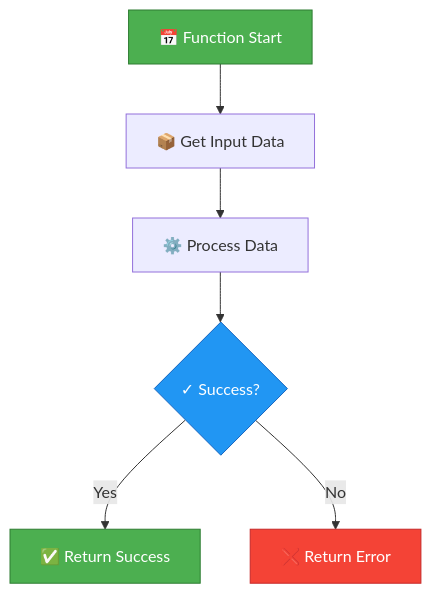
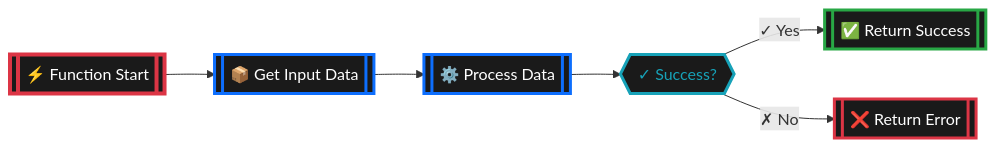
The eighth of 9 diagrams in BLUEPRINT_DISPLAY_GUIDE.md (Mittenzx/Adastrea), drawn with Mermaid before and after one commit. The commit also changed other lines of this file and 2 other files, not shown here.

First line of the commit message:
Update Mermaid diagrams with Unreal Engine node styling

````diff
--- a/BLUEPRINT_DISPLAY_GUIDE.md
+++ b/BLUEPRINT_DISPLAY_GUIDE.md
@@ -766,13 +820,15 @@
 ```mermaid
-graph TD
-    A[📅 Function Start] --> B[📦 Get Input Data]
-    B --> C[⚙️ Process Data]
-    C --> D{✓ Success?}
-    D -->|Yes| E[✅ Return Success]
-    D -->|No| F[❌ Return Error]
+graph LR
+    A[["⚡ Function Start"]] --> B[["📦 Get Input Data"]]
+    B --> C[["⚙️ Process Data"]]
+    C --> D{{"✓ Success?"}}
+    D -->|"✓ Yes"| E[["✅ Return Success"]]
+    D -->|"✗ No"| F[["❌ Return Error"]]
     
-    style A fill:#4CAF50,stroke:#2E7D32,color:#fff
-    style D fill:#2196F3,stroke:#1565C0,color:#fff
-    style E fill:#4CAF50,stroke:#2E7D32,color:#fff
-    style F fill:#F44336,stroke:#C62828,color:#fff
+    style A fill:#1a1a1a,stroke:#DC3545,stroke-width:4px,color:#fff,rx:10,ry:10
+    style B fill:#1a1a1a,stroke:#0d6efd,stroke-width:3px,color:#fff,rx:10,ry:10
+    style C fill:#1a1a1a,stroke:#0d6efd,stroke-width:3px,color:#fff,rx:10,ry:10
+    style D fill:#1a1a1a,stroke:#17a2b8,stroke-width:3px,color:#17a2b8
+    style E fill:#1a1a1a,stroke:#28a745,stroke-width:3px,color:#fff,rx:10,ry:10
+    style F fill:#1a1a1a,stroke:#DC3545,stroke-width:3px,color:#fff,rx:10,ry:10
 ```
````
